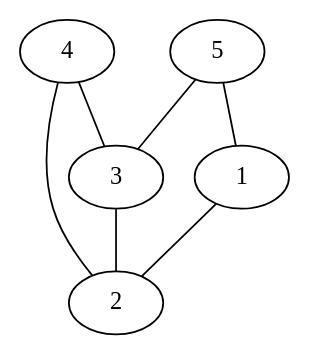
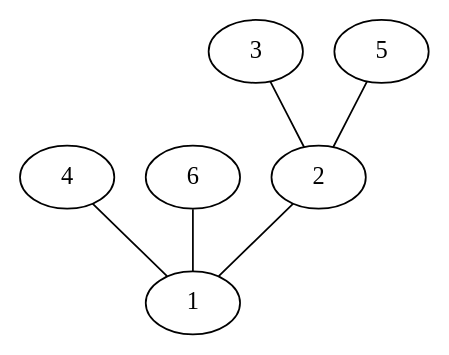
The diagram in Knoten/Knoten/graph1.gv (dkadio/AvA), drawn with Graphviz before and after one commit. The commit also changed 3 other files, not shown here.

```diff
--- a/Knoten/Knoten/graph1.gv
+++ b/Knoten/Knoten/graph1.gv
@@ -1,8 +1,7 @@
 graph G {
-1 -- 2;
+2 -- 1;
 3 -- 2;
-4 -- 2;
-4 -- 3;
-5 -- 1;
-5 -- 3;
+4 -- 1;
+5 -- 2;
+6 -- 1;
 }
```
